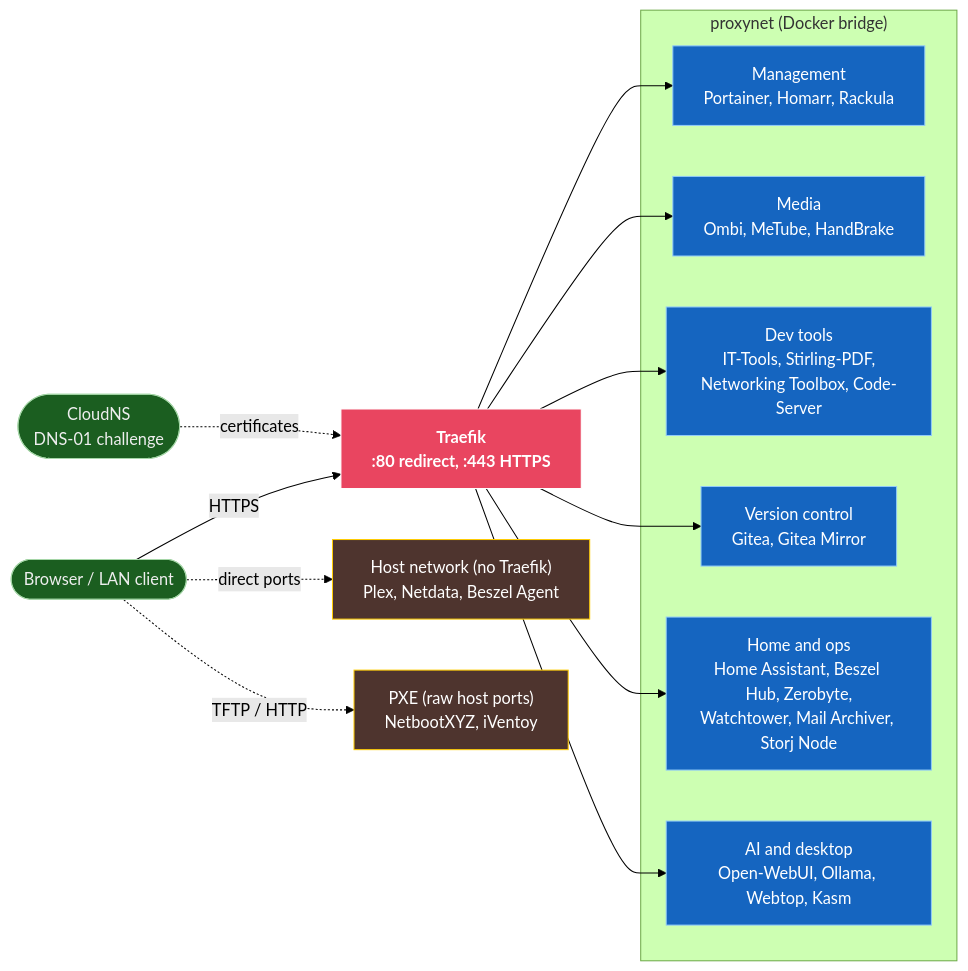
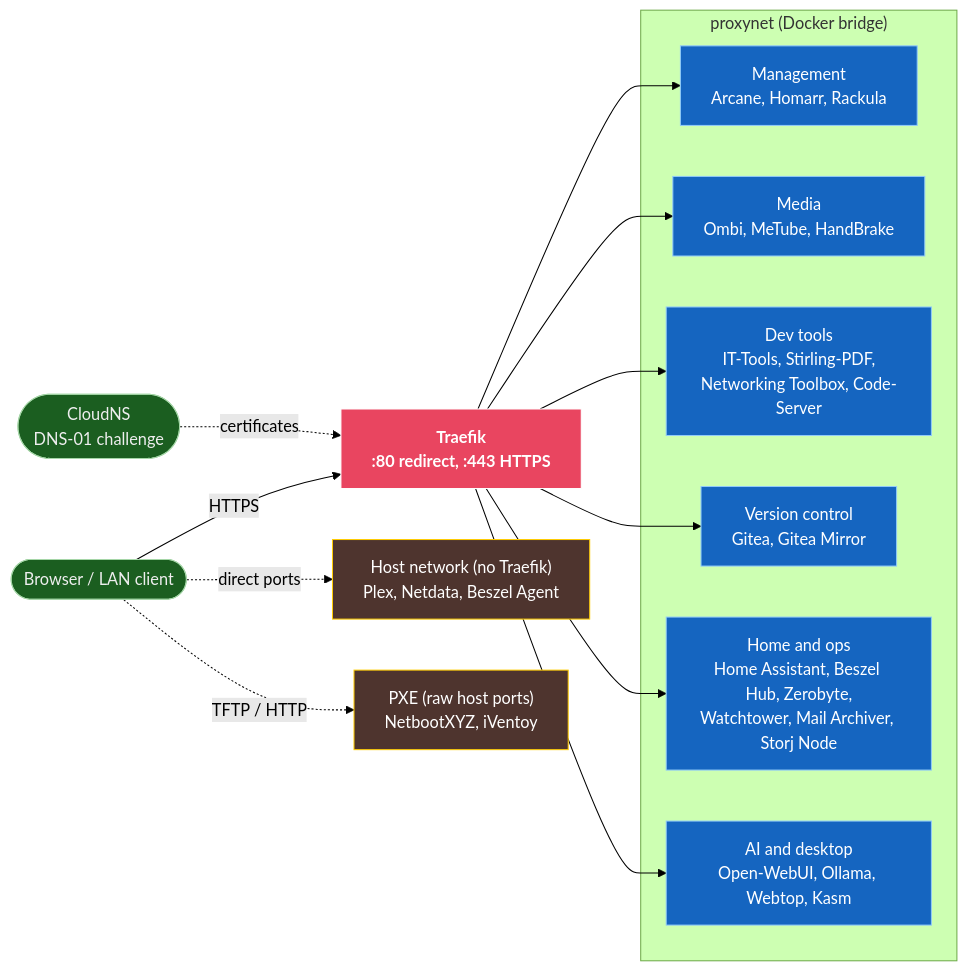
The diagram in README.md (locus313/homelab-gitops), drawn with Mermaid (forest theme) before and after one commit. The commit also changed other lines of this file and 8 other files, not shown here.

````diff
--- a/README.md
+++ b/README.md
@@ -18,29 +18,29 @@
 ```mermaid
 graph LR
     classDef traefik fill:#e94560,stroke:#fff,color:#fff,font-weight:bold
     classDef group fill:#1565c0,stroke:#90caf9,color:#fff
     classDef hostnet fill:#4e342e,stroke:#ffcc02,color:#fff
     classDef external fill:#1b5e20,stroke:#a5d6a7,color:#eee
 
     CLIENT(["Browser / LAN client"]):::external
     CLOUDNS(["CloudNS<br/>DNS-01 challenge"]):::external
     TRAEFIK["Traefik<br/>:80 redirect, :443 HTTPS"]:::traefik
 
     subgraph PROXY["proxynet (Docker bridge)"]
-        MGMT["Management<br/>Portainer, Homarr, Rackula"]:::group
+        MGMT["Management<br/>Arcane, Homarr, Rackula"]:::group
         MEDIA["Media<br/>Ombi, MeTube, HandBrake"]:::group
         TOOLS["Dev tools<br/>IT-Tools, Stirling-PDF,<br/>Networking Toolbox, Code-Server"]:::group
         VCS["Version control<br/>Gitea, Gitea Mirror"]:::group
         OPS["Home and ops<br/>Home Assistant, Beszel Hub, Zerobyte,<br/>Watchtower, Mail Archiver, Storj Node"]:::group
         AI["AI and desktop<br/>Open-WebUI, Ollama, Webtop, Kasm"]:::group
     end
 
     HOSTNET["Host network (no Traefik)<br/>Plex, Netdata, Beszel Agent"]:::hostnet
     BOOT["PXE (raw host ports)<br/>NetbootXYZ, iVentoy"]:::hostnet
 
     CLIENT -->|HTTPS| TRAEFIK
     CLOUDNS -.->|certificates| TRAEFIK
     TRAEFIK --> MGMT & MEDIA & TOOLS & VCS & OPS & AI
     CLIENT -.->|direct ports| HOSTNET
     CLIENT -.->|TFTP / HTTP| BOOT
 ```
````
